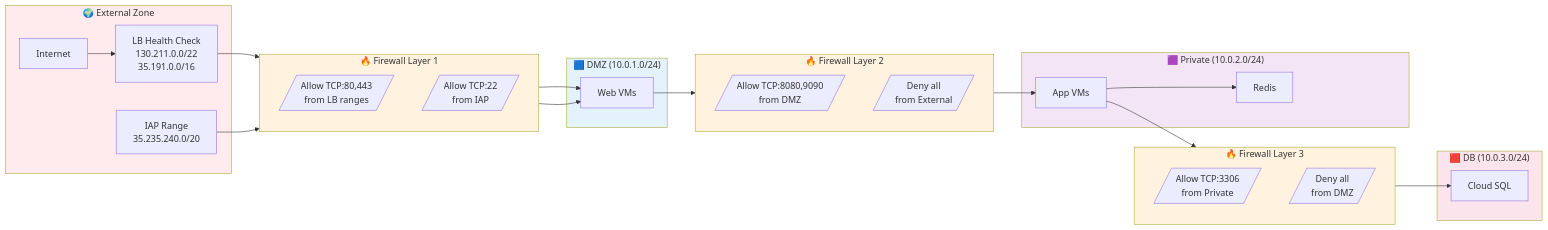
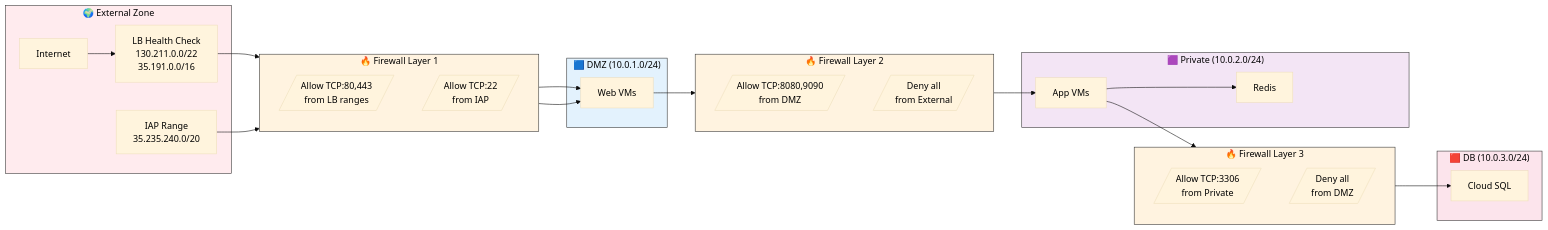
One commit to JSJ2337/GCP_terraform_code changed the third of 9 diagrams in terraform_gcp_infra/docs/architecture/network-design.md. Above: the diagram before and after it, drawn with Mermaid. The commit also changed other lines of this file and 5 other files, not shown here.

First line of the commit message:
style: Mermaid 다이어그램 제목 가독성 개선

````diff
--- a/terraform_gcp_infra/docs/architecture/network-design.md
+++ b/terraform_gcp_infra/docs/architecture/network-design.md
@@ -248,58 +252,59 @@
 ```mermaid
+%%{init: {'theme': 'base', 'themeVariables': { 'primaryTextColor': '#000000', 'clusterBkg': '#ffffff', 'clusterBorder': '#333333' }}}%%
 flowchart LR
     subgraph External["🌍 External Zone"]
         INET[Internet]
         LB_RANGE["LB Health Check<br/>130.211.0.0/22<br/>35.191.0.0/16"]
         IAP["IAP Range<br/>35.235.240.0/20"]
     end
 
     subgraph FW1["🔥 Firewall Layer 1"]
         direction TB
         R1[/"Allow TCP:80,443<br/>from LB ranges"/]
         R2[/"Allow TCP:22<br/>from IAP"/]
     end
 
     subgraph DMZ["🟦 DMZ (10.0.1.0/24)"]
         WEB[Web VMs]
     end
 
     subgraph FW2["🔥 Firewall Layer 2"]
         direction TB
         R3[/"Allow TCP:8080,9090<br/>from DMZ"/]
         R4[/"Deny all<br/>from External"/]
     end
 
     subgraph Private["🟪 Private (10.0.2.0/24)"]
         APP[App VMs]
         REDIS[Redis]
     end
 
     subgraph FW3["🔥 Firewall Layer 3"]
         direction TB
         R5[/"Allow TCP:3306<br/>from Private"/]
         R6[/"Deny all<br/>from DMZ"/]
     end
 
     subgraph DB_Zone["🟥 DB (10.0.3.0/24)"]
         SQL[Cloud SQL]
     end
 
     INET --> LB_RANGE
     LB_RANGE --> R1
     IAP --> R2
     R1 --> WEB
     R2 --> WEB
     WEB --> R3
     R3 --> APP
     APP --> R5
     R5 --> SQL
     APP --> REDIS
 
-    style External fill:#ffebee
-    style DMZ fill:#e3f2fd
-    style Private fill:#f3e5f5
-    style DB_Zone fill:#fce4ec
-    style FW1 fill:#fff3e0
-    style FW2 fill:#fff3e0
-    style FW3 fill:#fff3e0
+    style External fill:#ffebee,color:#000000
+    style DMZ fill:#e3f2fd,color:#000000
+    style Private fill:#f3e5f5,color:#000000
+    style DB_Zone fill:#fce4ec,color:#000000
+    style FW1 fill:#fff3e0,color:#000000
+    style FW2 fill:#fff3e0,color:#000000
+    style FW3 fill:#fff3e0,color:#000000
 ```
````
